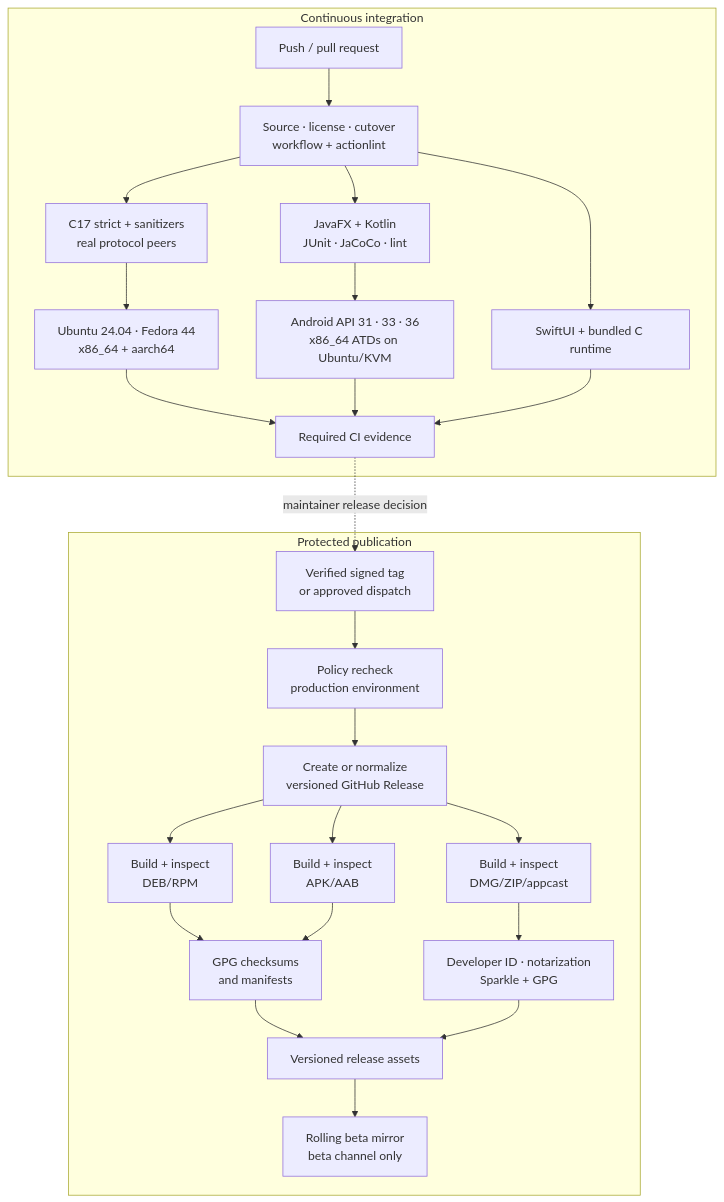
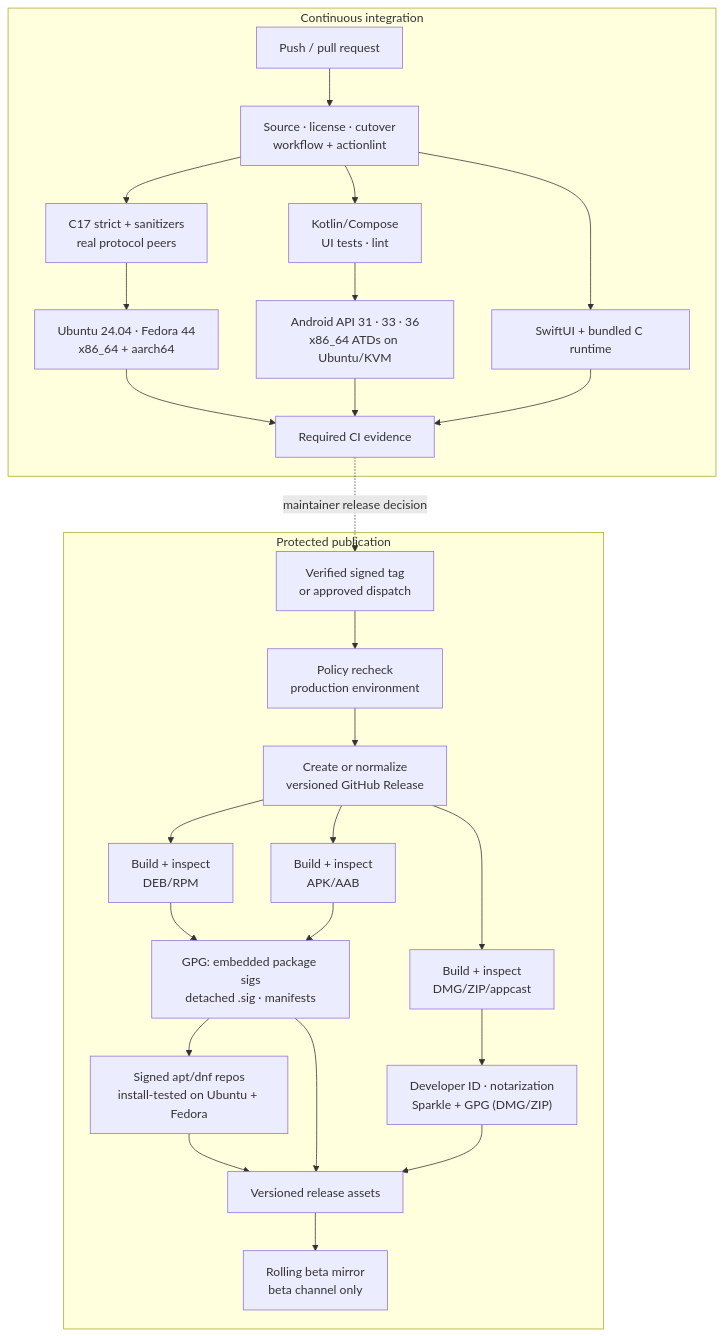
The diagram in docs/github-cicd.md (JohnThre/clambhook), drawn with Mermaid before and after one commit. The commit also changed other lines of this file and 19 other files, not shown here.

First line of the commit message:
docs: document Kotlin UI, Ubuntu/Fedora-only Linux, and signed installers

````diff
--- a/docs/github-cicd.md
+++ b/docs/github-cicd.md
@@ -55,30 +65,32 @@
 ```mermaid
 flowchart TB
     subgraph ci["Continuous integration"]
         push["Push / pull request"] --> policy["Source · license · cutover<br/>workflow + actionlint"]
         policy --> c["C17 strict + sanitizers<br/>real protocol peers"]
-        policy --> java["JavaFX + Kotlin<br/>JUnit · JaCoCo · lint"]
+        policy --> java["Kotlin/Compose<br/>UI tests · lint"]
         policy --> swift["SwiftUI + bundled C runtime"]
         c --> distro["Ubuntu 24.04 · Fedora 44<br/>x86_64 + aarch64"]
         java --> device["Android API 31 · 33 · 36<br/>x86_64 ATDs on Ubuntu/KVM"]
         distro --> checks["Required CI evidence"]
         device --> checks
         swift --> checks
     end
 
     subgraph publication["Protected publication"]
         request["Verified signed tag<br/>or approved dispatch"] --> guard["Policy recheck<br/>production environment"]
         guard --> release["Create or normalize<br/>versioned GitHub Release"]
         release --> linux["Build + inspect<br/>DEB/RPM"]
         release --> android["Build + inspect<br/>APK/AAB"]
         release --> macos["Build + inspect<br/>DMG/ZIP/appcast"]
-        linux --> signed["GPG checksums<br/>and manifests"]
+        linux --> signed["GPG: embedded package sigs<br/>detached .sig · manifests"]
+        signed --> repo["Signed apt/dnf repos<br/>install-tested on Ubuntu + Fedora"]
+        repo --> assets
         android --> signed
-        macos --> signedMac["Developer ID · notarization<br/>Sparkle + GPG"]
+        macos --> signedMac["Developer ID · notarization<br/>Sparkle + GPG (DMG/ZIP)"]
         signed --> assets["Versioned release assets"]
         signedMac --> assets
         assets --> beta["Rolling beta mirror<br/>beta channel only"]
     end
 
     checks -. maintainer release decision .-> request
 ```
````
